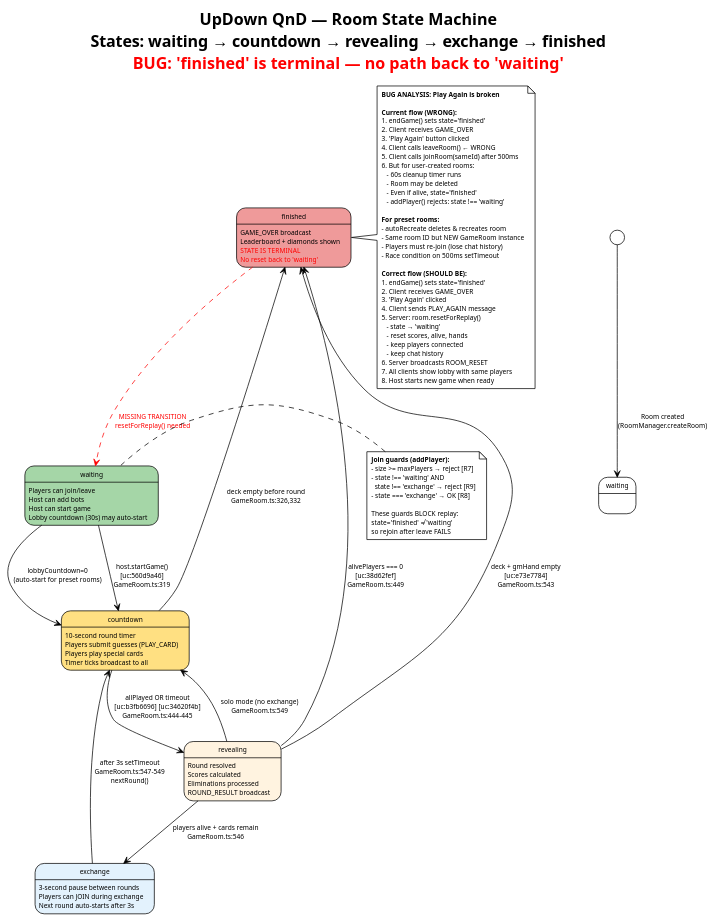
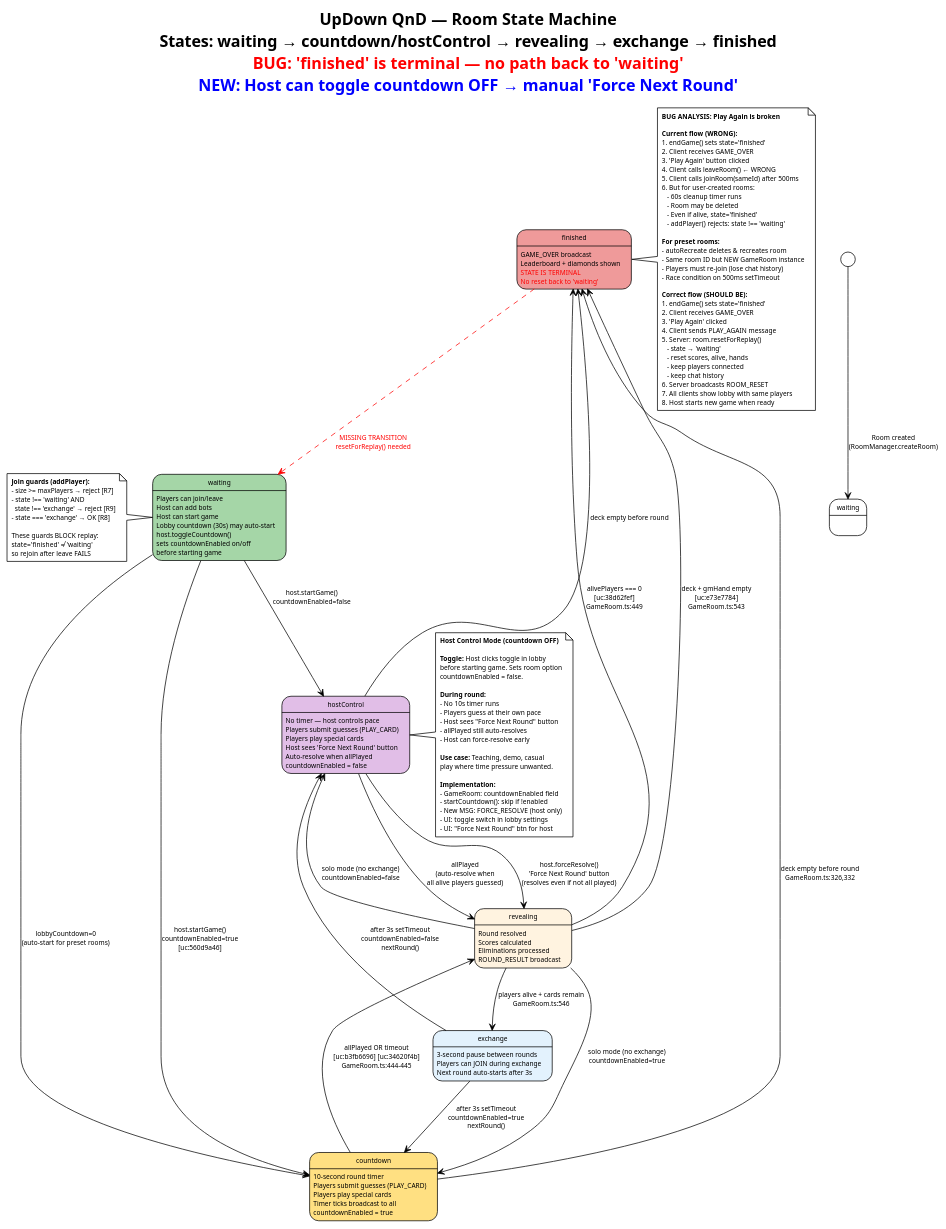
The diagram in qnd/spec/room-lifecycle-state.puml (Cerulean-Circle-GmbH/UpDown), drawn with PlantUML before and after one commit. The commit also changed 7 other files, not shown here.

First line of the commit message:
Task 37: Host countdown toggle + force next round

```diff
--- a/qnd/spec/room-lifecycle-state.puml
+++ b/qnd/spec/room-lifecycle-state.puml
@@ -1,112 +1,156 @@
 @startuml Room-Lifecycle-State
 !theme plain
 skinparam backgroundColor White
 skinparam defaultFontName "Segoe UI"
 skinparam defaultFontSize 9
 
-title UpDown QnD — Room State Machine\nStates: waiting → countdown → revealing → exchange → finished\n<color:red>BUG: 'finished' is terminal — no path back to 'waiting'</color>
+title UpDown QnD — Room State Machine\nStates: waiting → countdown/hostControl → revealing → exchange → finished\n<color:red>BUG: 'finished' is terminal — no path back to 'waiting'</color>\n<color:blue>NEW: Host can toggle countdown OFF → manual 'Force Next Round'</color>
 
 [*] --> waiting : Room created\n(RoomManager.createRoom)
 
 state "waiting" as W #A5D6A7 {
   W : Players can join/leave
   W : Host can add bots
   W : Host can start game
   W : Lobby countdown (30s) may auto-start
 }
 
 state "countdown" as CD #FFE082 {
   CD : 10-second round timer
   CD : Players submit guesses (PLAY_CARD)
   CD : Players play special cards
   CD : Timer ticks broadcast to all
+  CD : countdownEnabled = true
+}
+
+state "hostControl" as HC #E1BEE7 {
+  HC : No timer — host controls pace
+  HC : Players submit guesses (PLAY_CARD)
+  HC : Players play special cards
+  HC : Host sees 'Force Next Round' button
+  HC : Auto-resolve when allPlayed
+  HC : countdownEnabled = false
 }
 
 state "revealing" as RV #FFF3E0 {
   RV : Round resolved
   RV : Scores calculated
   RV : Eliminations processed
   RV : ROUND_RESULT broadcast
 }
 
 state "exchange" as EX #E3F2FD {
   EX : 3-second pause between rounds
   EX : Players can JOIN during exchange
   EX : Next round auto-starts after 3s
 }
 
 state "finished" as FIN #EF9A9A {
   FIN : GAME_OVER broadcast
   FIN : Leaderboard + diamonds shown
   FIN : <color:red>STATE IS TERMINAL</color>
   FIN : <color:red>No reset back to 'waiting'</color>
 }
 
-W --> CD : host.startGame()\n[uc:560d9a46]\nGameRoom.ts:319
+W --> CD : host.startGame()\ncountdownEnabled=true\n[uc:560d9a46]
+W --> HC : host.startGame()\ncountdownEnabled=false
 W --> CD : lobbyCountdown=0\n(auto-start for preset rooms)
+
+W : host.toggleCountdown()\nsets countdownEnabled on/off\nbefore starting game
 
 CD --> RV : allPlayed OR timeout\n[uc:b3fb6696] [uc:34620f4b]\nGameRoom.ts:444-445
 CD --> FIN : deck empty before round\nGameRoom.ts:326,332
 
+HC --> RV : allPlayed\n(auto-resolve when\nall alive players guessed)
+HC --> RV : host.forceResolve()\n'Force Next Round' button\n(resolves even if not all played)
+HC --> FIN : deck empty before round
+
 RV --> FIN : alivePlayers === 0\n[uc:38d62fef]\nGameRoom.ts:449
 RV --> FIN : deck + gmHand empty\n[uc:e73e7784]\nGameRoom.ts:543
 RV --> EX : players alive + cards remain\nGameRoom.ts:546
-RV --> CD : solo mode (no exchange)\nGameRoom.ts:549
+RV --> CD : solo mode (no exchange)\ncountdownEnabled=true
+RV --> HC : solo mode (no exchange)\ncountdownEnabled=false
 
-EX --> CD : after 3s setTimeout\nGameRoom.ts:547-549\nnextRound()
+EX --> CD : after 3s setTimeout\ncountdownEnabled=true\nnextRound()
+EX --> HC : after 3s setTimeout\ncountdownEnabled=false\nnextRound()
 
 ' ═══════════════════════════════════════════════════════════════
 ' THE BUG: No transition from finished → waiting
 ' ═══════════════════════════════════════════════════════════════
 
 FIN -[#red,dashed]-> W : <color:red>MISSING TRANSITION</color>\n<color:red>resetForReplay() needed</color>
 
 note right of FIN
   **BUG ANALYSIS: Play Again is broken**
 
   **Current flow (WRONG):**
   1. endGame() sets state='finished'
   2. Client receives GAME_OVER
   3. 'Play Again' button clicked
   4. Client calls leaveRoom() ← WRONG
   5. Client calls joinRoom(sameId) after 500ms
   6. But for user-created rooms:
      - 60s cleanup timer runs
      - Room may be deleted
      - Even if alive, state='finished'
      - addPlayer() rejects: state !== 'waiting'
 
   **For preset rooms:**
   - autoRecreate deletes & recreates room
   - Same room ID but NEW GameRoom instance
   - Players must re-join (lose chat history)
   - Race condition on 500ms setTimeout
 
   **Correct flow (SHOULD BE):**
   1. endGame() sets state='finished'
   2. Client receives GAME_OVER
   3. 'Play Again' clicked
   4. Client sends PLAY_AGAIN message
   5. Server: room.resetForReplay()
      - state → 'waiting'
      - reset scores, alive, hands
      - keep players connected
      - keep chat history
   6. Server broadcasts ROOM_RESET
   7. All clients show lobby with same players
   8. Host starts new game when ready
 end note
 
+note right of HC
+  **Host Control Mode (countdown OFF)**
+
+  **Toggle:** Host clicks toggle in lobby
+  before starting game. Sets room option
+  countdownEnabled = false.
+
+  **During round:**
+  - No 10s timer runs
+  - Players guess at their own pace
+  - Host sees "Force Next Round" button
+  - allPlayed still auto-resolves
+  - Host can force-resolve early
+
+  **Use case:** Teaching, demo, casual
+  play where time pressure unwanted.
+
+  **Implementation:**
+  - GameRoom: countdownEnabled field
+  - startCountdown(): skip if !enabled
+  - New MSG: FORCE_RESOLVE (host only)
+  - UI: toggle switch in lobby settings
+  - UI: "Force Next Round" btn for host
+end note
+
 note left of W
   **Join guards (addPlayer):**
   - size >= maxPlayers → reject [R7]
   - state !== 'waiting' AND
     state !== 'exchange' → reject [R9]
   - state === 'exchange' → OK [R8]
 
   These guards BLOCK replay:
   state='finished' ≠ 'waiting'
   so rejoin after leave FAILS
 end note
 
 @enduml
```
